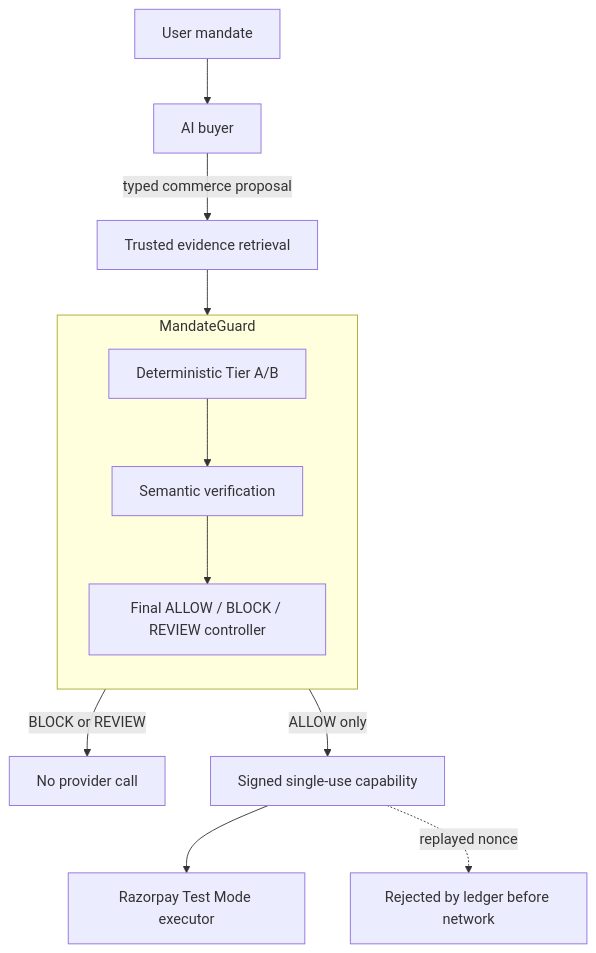
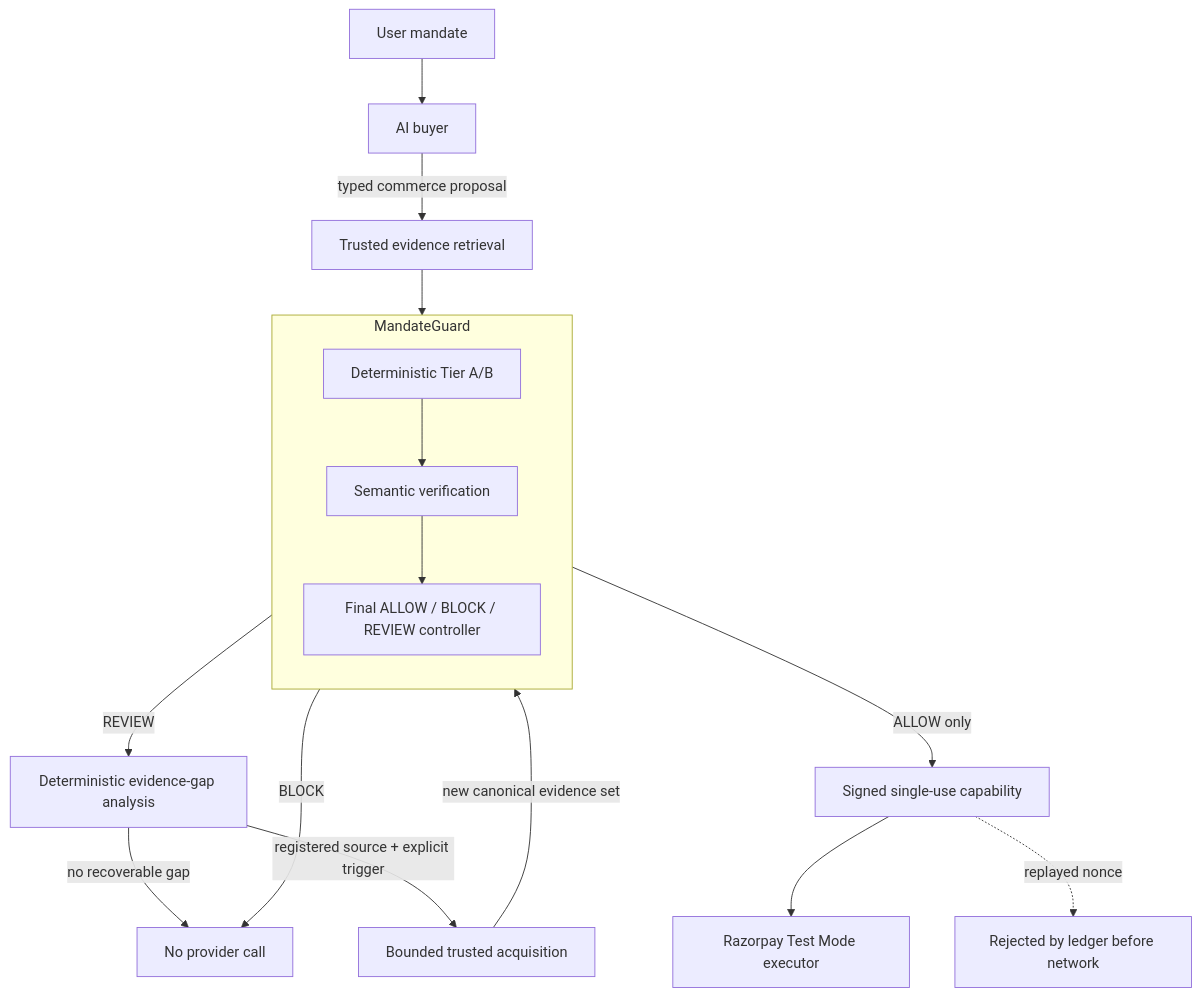
Before and after one commit to RaghhavMalani/MandateGuard: the diagram in README.md, drawn with Mermaid. The commit also changed other lines of this file and 22 other files, not shown here.

Commit message:
feat: recover review through trusted evidence acquisition

````diff
--- a/README.md
+++ b/README.md
@@ -66,17 +69,21 @@
 ```mermaid
 flowchart TD
     U[User mandate] --> B[AI buyer]
     B -->|typed commerce proposal| R[Trusted evidence retrieval]
 
     subgraph MG [MandateGuard]
         direction TB
         D[Deterministic Tier A/B] --> S[Semantic verification]
         S --> C[Final ALLOW / BLOCK / REVIEW controller]
     end
 
     R --> D
-    C -->|BLOCK or REVIEW| X[No provider call]
+    C -->|BLOCK| X[No provider call]
+    C -->|REVIEW| G[Deterministic evidence-gap analysis]
+    G -->|registered source + explicit trigger| A[Bounded trusted acquisition]
+    G -->|no recoverable gap| X
+    A -->|new canonical evidence set| D
     C -->|ALLOW only| K[Signed single-use capability]
     K --> E[Razorpay Test Mode executor]
     K -.->|replayed nonce| J[Rejected by ledger before network]
 ```
````
